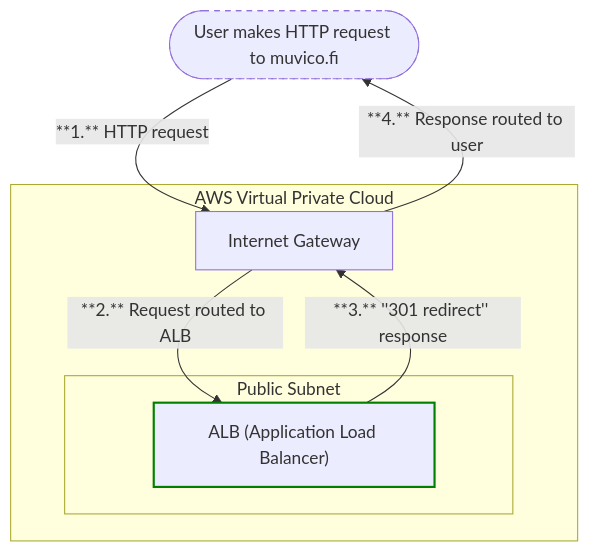
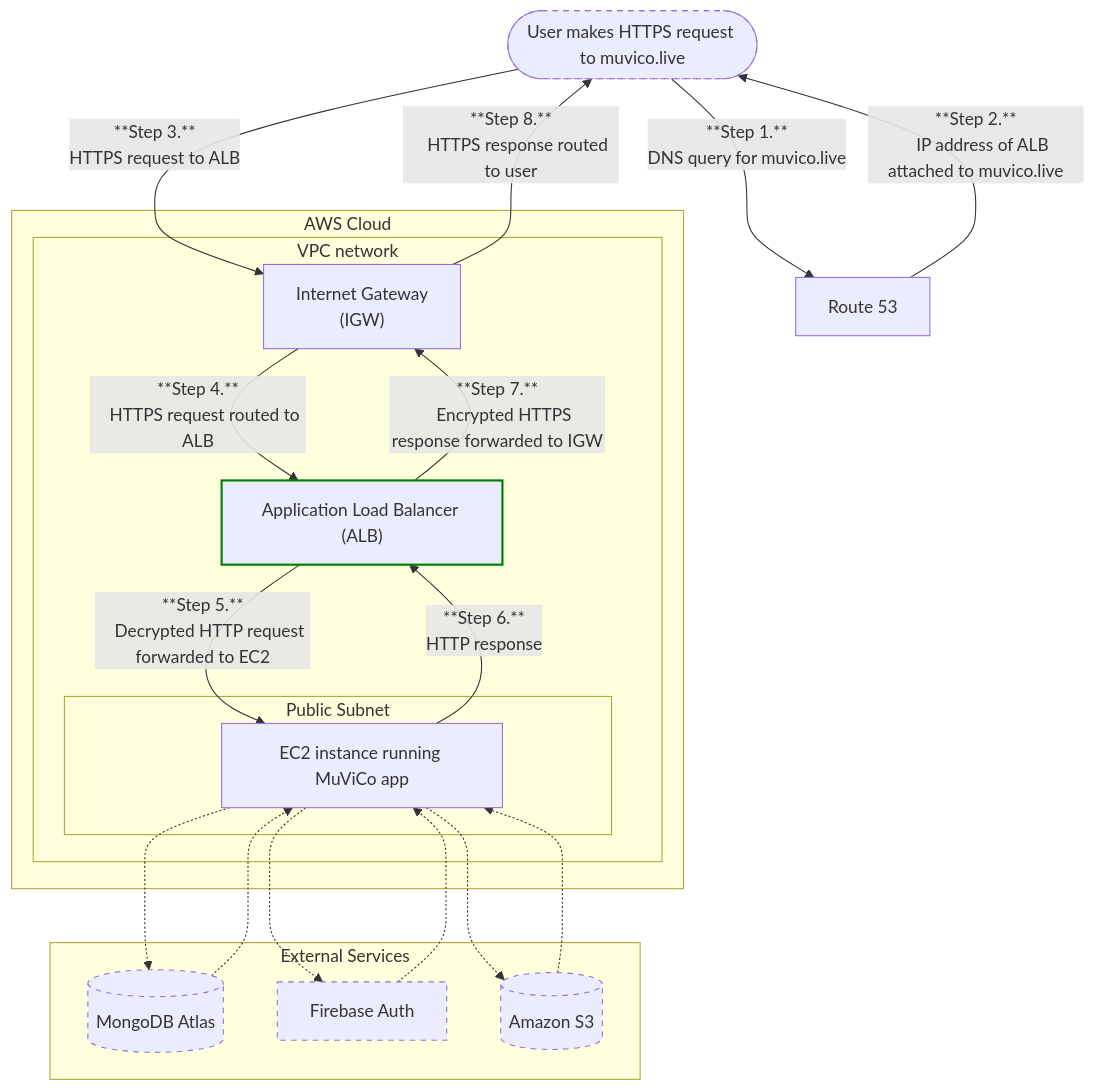
One commit to MuViCo/MuViCo changed the second of 3 diagrams in documentation/https-setup.md. Above: the diagram before and after it, drawn with Mermaid. The commit also changed other lines of this file, not shown here.

````diff
--- a/documentation/https-setup.md
+++ b/documentation/https-setup.md
@@ -188,22 +191,56 @@
 ```mermaid
 flowchart TD
-    User(["User makes HTTP request to muvico.fi"])
-    IGW["Internet Gateway"]
-    ALB["ALB (Application Load Balancer)"]:::alb
+    User(["User makes HTTPS request to muvico.live"])
+    DNS["Route 53"]
+    IGW["Internet Gateway
+    (IGW)"]
+    ALB["Application Load Balancer (ALB)"]
+    ECS["EC2 instance running MuViCo app"]
 
     classDef alb stroke:green,stroke-width:2px
     classDef external stroke-dasharray: 5 5
 
-    User:::external -->|"**1.** HTTP request"| IGW
-    IGW -->|"**2.** Request routed to ALB"| ALB
-    ALB -->|"**3.** ''301 redirect'' response"| IGW
-    IGW -->|"**4.** Response routed to user"| User
+    %% DNS resolution
+    User:::external -->|"**Step 1.**
+    DNS query for muvico.live"| DNS
+    DNS -->|"**Step 2.**
+    IP address of ALB attached to muvico.live"| User
 
-    subgraph "AWS Virtual Private Cloud"
-        IGW
-        subgraph Public Subnet
-            ALB
-        end
+    %% HTTPS and HTTP flows
+    User -->|"**Step 3.**
+    HTTPS request to ALB"| IGW
+
+    IGW -->|"**Step 4.**
+    HTTPS request routed to ALB"| ALB
+
+    ALB -->|"**Step 5.**
+    Decrypted HTTP request forwarded to EC2"| ECS
+
+    ECS -->|"**Step 6.**
+    HTTP response"| ALB
+
+    ALB -->|"**Step 7.**
+    Encrypted HTTPS response forwarded to IGW"| IGW
+
+    IGW -->|"**Step 8.**
+    HTTPS response routed to user"| User
+
+    subgraph "AWS Cloud"
+      subgraph "VPC network"
+          IGW
+          ALB:::alb
+          subgraph "Public Subnet"
+              ECS
+          end
+      end
     end
 
+    subgraph "External Services"
+        ECS -.-> D[(MongoDB Atlas)]:::external
+        D -.-> ECS
+        ECS -.-> E[Firebase Auth]:::external
+        E -.-> ECS
+        ECS -.-> F[(Amazon S3)]:::external
+        F -.-> ECS
+    end
 ```
````
